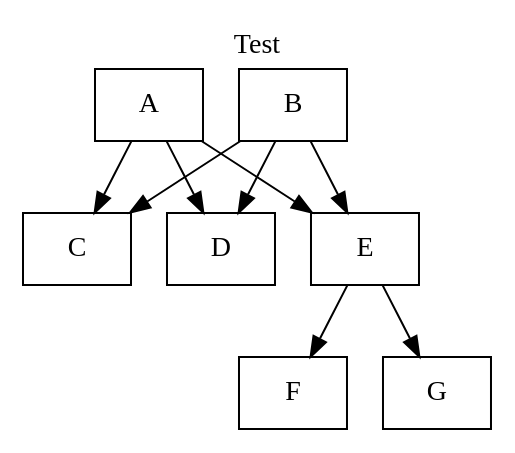
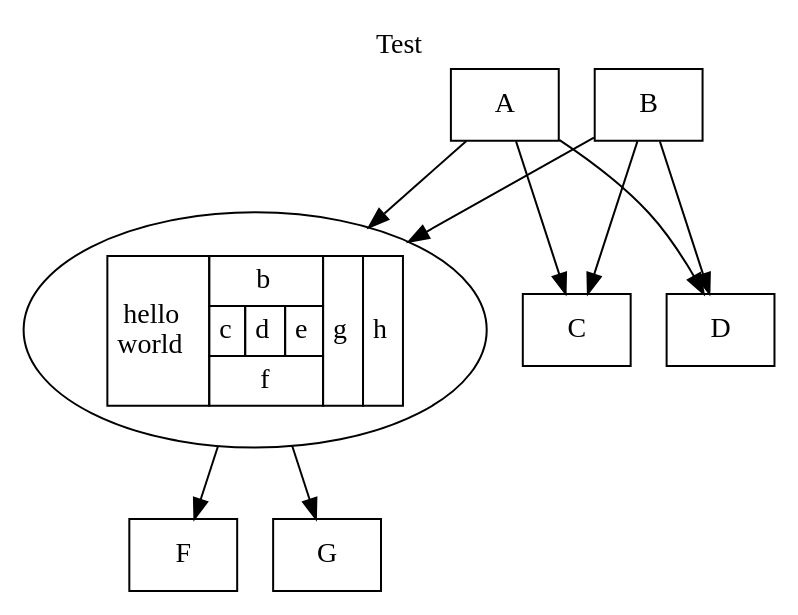
One commit to MaethorNaur/ExDot changed the diagram in test.dot. Above: the diagram before and after it, drawn with Graphviz. The commit also changed 3 other files, not shown here.

```diff
--- a/test.dot
+++ b/test.dot
@@ -1,13 +1,30 @@
 digraph "test" {// test
 /*test
  super test*/
       size="11.0,8.5"// test
       rankdir="UD"
       labelloc=t
       height=1
       label="Test"
+    E [label=<
+<TABLE BORDER="0" CELLBORDER="1" CELLSPACING="0" CELLPADDING="4">
+  <TR>
+    <TD ROWSPAN="3">hello<BR/>world</TD>
+    <TD COLSPAN="3">b</TD>
+    <TD ROWSPAN="3">g</TD>
+    <TD ROWSPAN="3">h</TD>
+  </TR>
+  <TR>
+    <TD>c</TD><TD PORT="here">d</TD><TD>e</TD>
+  </TR>
+  <TR>
+    <TD COLSPAN="3">f</TD>
+  </TR>
+</TABLE>
+>] ;
+
       node [shape=box]
       {A B} -> {C D}
       E -> {F  G}
       {A B} -> E
 }
```
